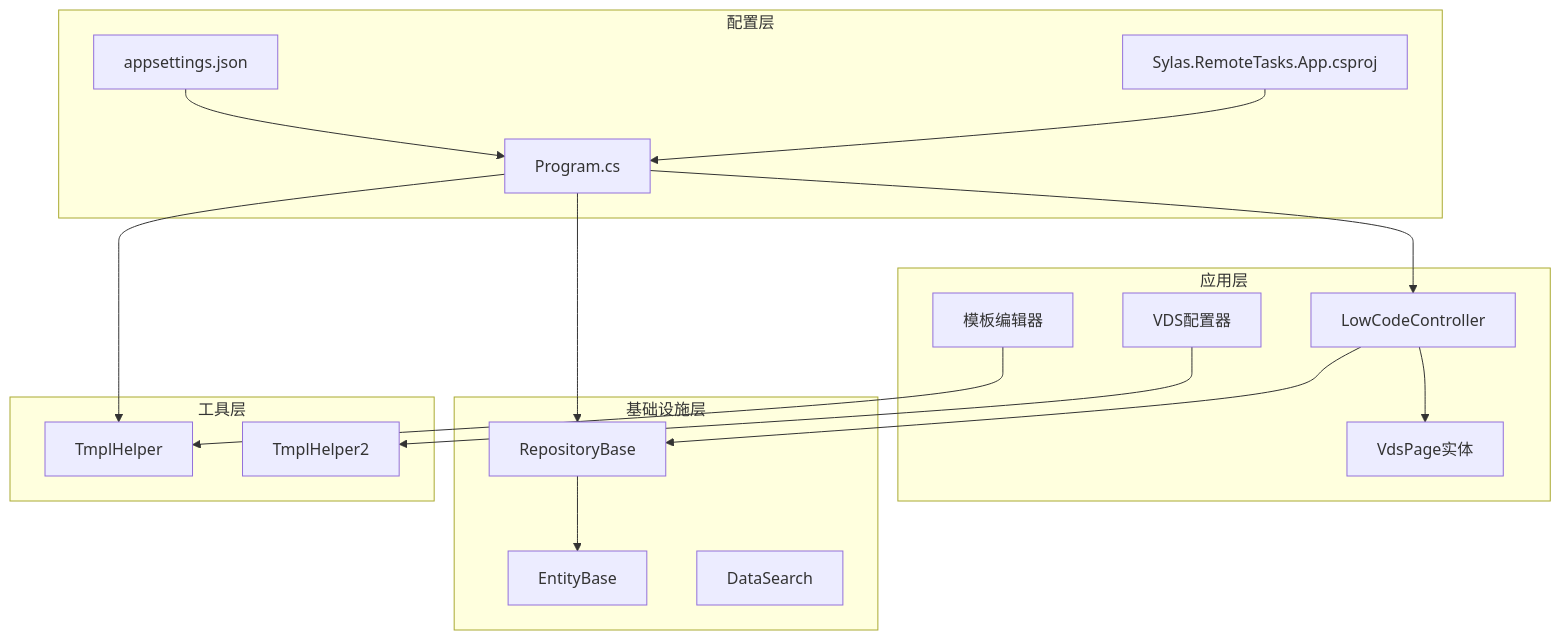
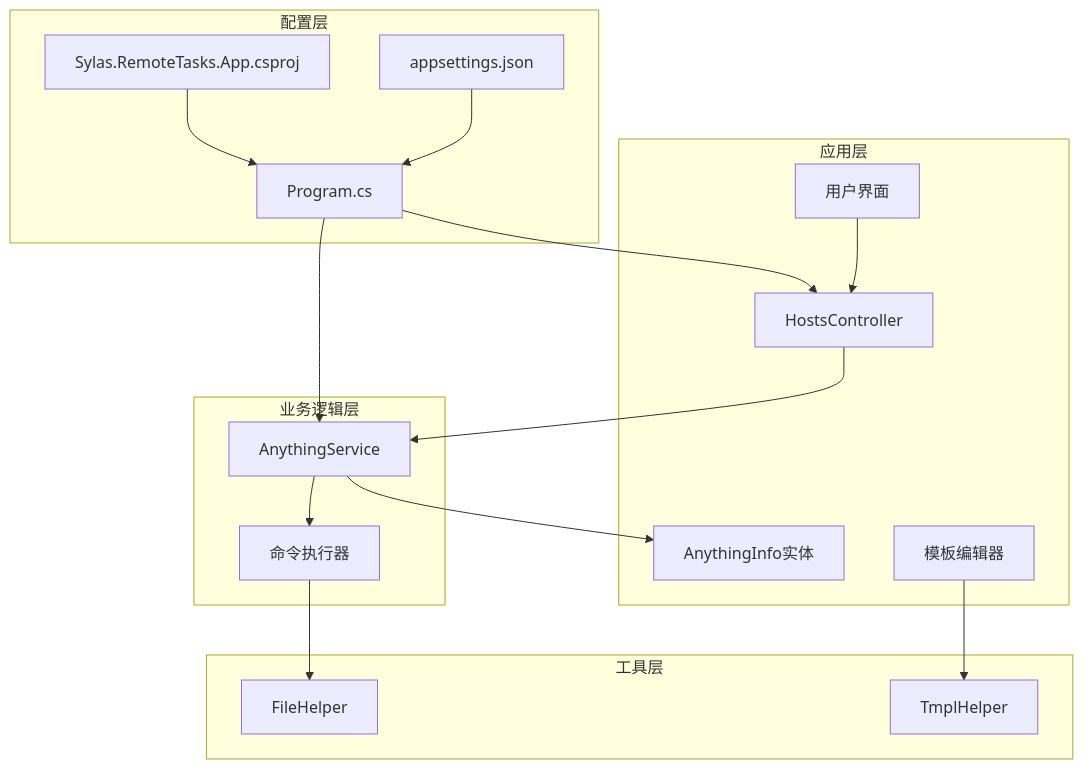
The seventh of 7 diagrams in .qoder/repowiki/zh/content/项目概述/核心特性/工具库系统/文件操作工具/可视化模板编辑器系统.md (Sosososolong/AirGo), drawn with Mermaid before and after one commit. The commit also changed other lines of this file and 3 other files, not shown here.

````diff
--- a/.qoder/repowiki/zh/content/项目概述/核心特性/工具库系统/文件操作工具/可视化模板编辑器系统.md
+++ b/.qoder/repowiki/zh/content/项目概述/核心特性/工具库系统/文件操作工具/可视化模板编辑器系统.md
@@ -395,33 +392,32 @@
 ```mermaid
 graph TB
 subgraph "应用层"
-LowCodeController[LowCodeController]
-VdsPage[VdsPage实体]
+HostsController[HostsController]
+AnythingInfo[AnythingInfo实体]
 TemplateEditor[模板编辑器]
-VdsConfigurator[VDS配置器]
+EndUserInterface[用户界面]
 end
-subgraph "基础设施层"
-RepositoryBase[RepositoryBase]
-EntityBase[EntityBase]
-DataSearch[DataSearch]
+subgraph "业务逻辑层"
+AnythingService[AnythingService]
+CommandExecutor[命令执行器]
 end
 subgraph "工具层"
+FileHelper[FileHelper]
 TmplHelper[TmplHelper]
-TmplHelper2[TmplHelper2]
 end
 subgraph "配置层"
 Program[Program.cs]
 AppSettings[appsettings.json]
 ProjectFile[Sylas.RemoteTasks.App.csproj]
 end
-LowCodeController --> RepositoryBase
-RepositoryBase --> EntityBase
-LowCodeController --> VdsPage
+HostsController --> AnythingService
+AnythingService --> AnythingInfo
+AnythingService --> CommandExecutor
+CommandExecutor --> FileHelper
 TemplateEditor --> TmplHelper
-VdsConfigurator --> TmplHelper2
-Program --> LowCodeController
-Program --> RepositoryBase
-Program --> TmplHelper
+EndUserInterface --> HostsController
+Program --> HostsController
+Program --> AnythingService
 AppSettings --> Program
 ProjectFile --> Program
 ```
````
